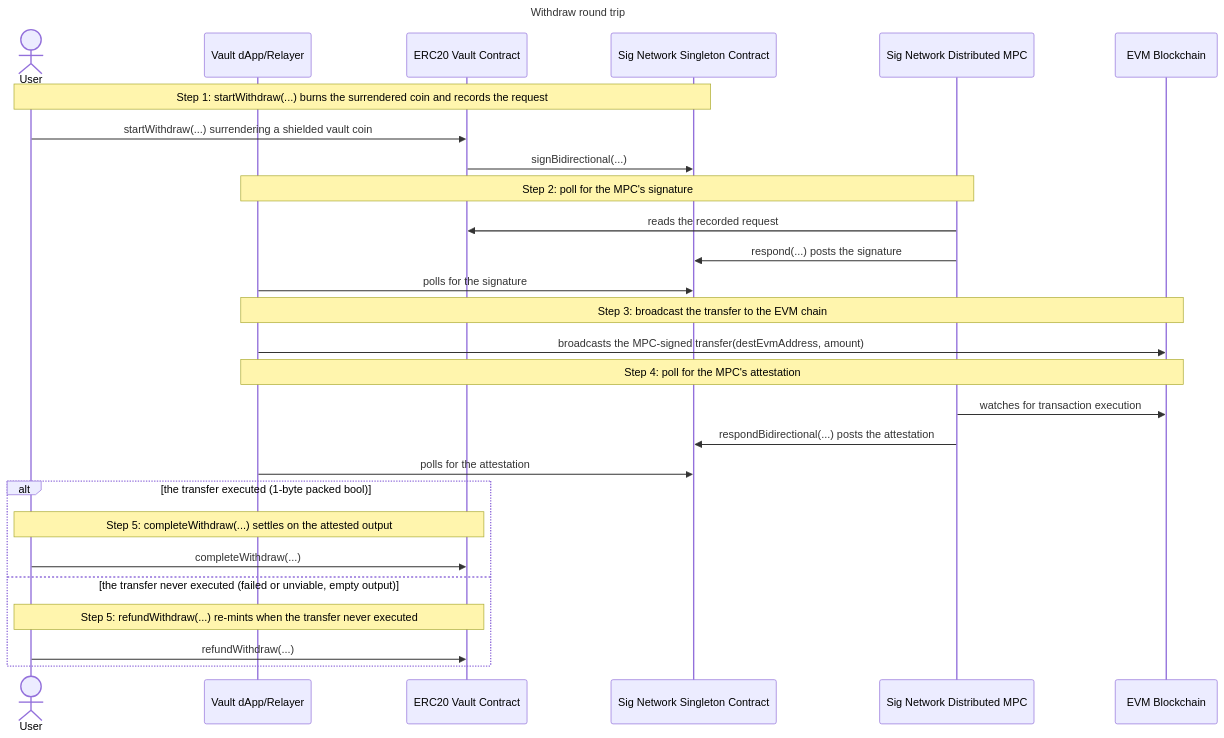
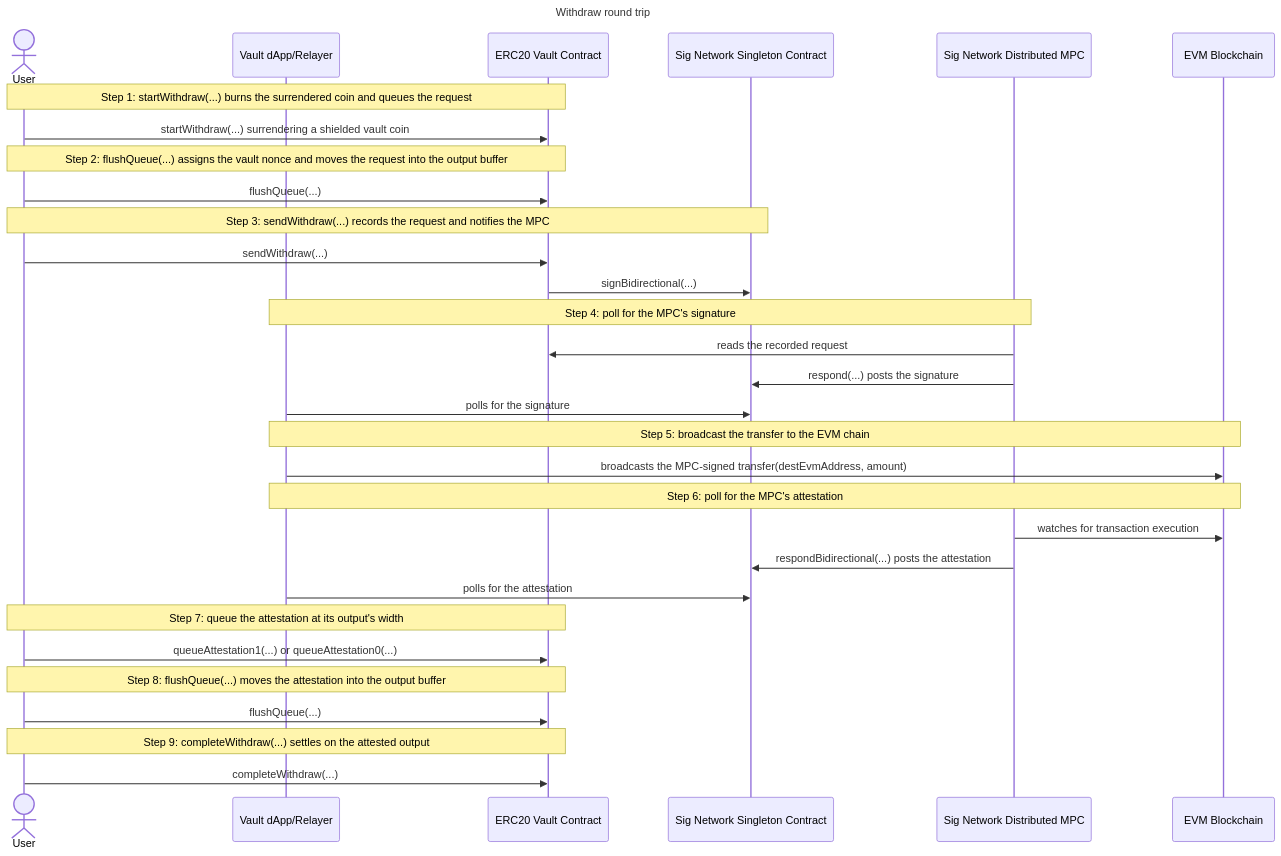
One commit to scafuro/midnight-examples changed the diagram in examples/erc20-vault/docs/withdraw/withdraw.md. Above: the diagram before and after it, drawn with Mermaid. The commit also changed other lines of this file and 21 other files, not shown here.

First line of the commit message:
docs(erc20-vault): describe the flush pattern everywhere, and list the diagrams to redraw

````diff
--- a/examples/erc20-vault/docs/withdraw/withdraw.md
+++ b/examples/erc20-vault/docs/withdraw/withdraw.md
@@ -218,31 +190,34 @@
 ```mermaid
 sequenceDiagram
     title Withdraw round trip
     actor User
     participant DApp as Vault dApp/Relayer
     participant Vault as ERC20 Vault Contract
     participant Singleton as Sig Network Singleton Contract
     participant MPC as Sig Network Distributed MPC
     participant EVM as EVM Blockchain
 
-    Note over User,Singleton: Step 1: startWithdraw(...) burns the surrendered coin and records the request
+    Note over User,Vault: Step 1: startWithdraw(...) burns the surrendered coin and queues the request
     User->>Vault: startWithdraw(...) surrendering a shielded vault coin
+    Note over User,Vault: Step 2: flushQueue(...) assigns the vault nonce and moves the request into the output buffer
+    User->>Vault: flushQueue(...)
+    Note over User,Singleton: Step 3: sendWithdraw(...) records the request and notifies the MPC
+    User->>Vault: sendWithdraw(...)
     Vault->>Singleton: signBidirectional(...)
-    Note over DApp,MPC: Step 2: poll for the MPC's signature
+    Note over DApp,MPC: Step 4: poll for the MPC's signature
     MPC->>Vault: reads the recorded request
     MPC->>Singleton: respond(...) posts the signature
     DApp->>Singleton: polls for the signature
-    Note over DApp,EVM: Step 3: broadcast the transfer to the EVM chain
+    Note over DApp,EVM: Step 5: broadcast the transfer to the EVM chain
     DApp->>EVM: broadcasts the MPC-signed transfer(destEvmAddress, amount)
-    Note over DApp,EVM: Step 4: poll for the MPC's attestation
+    Note over DApp,EVM: Step 6: poll for the MPC's attestation
     MPC->>EVM: watches for transaction execution
     MPC->>Singleton: respondBidirectional(...) posts the attestation
     DApp->>Singleton: polls for the attestation
-    alt the transfer executed (1-byte packed bool)
-        Note over User,Vault: Step 5: completeWithdraw(...) settles on the attested output
-        User->>Vault: completeWithdraw(...)
-    else the transfer never executed (failed or unviable, empty output)
-        Note over User,Vault: Step 5: refundWithdraw(...) re-mints when the transfer never executed
-        User->>Vault: refundWithdraw(...)
-    end
+    Note over User,Vault: Step 7: queue the attestation at its output's width
+    User->>Vault: queueAttestation1(...) or queueAttestation0(...)
+    Note over User,Vault: Step 8: flushQueue(...) moves the attestation into the output buffer
+    User->>Vault: flushQueue(...)
+    Note over User,Vault: Step 9: completeWithdraw(...) settles on the attested output
+    User->>Vault: completeWithdraw(...)
 ```
````
